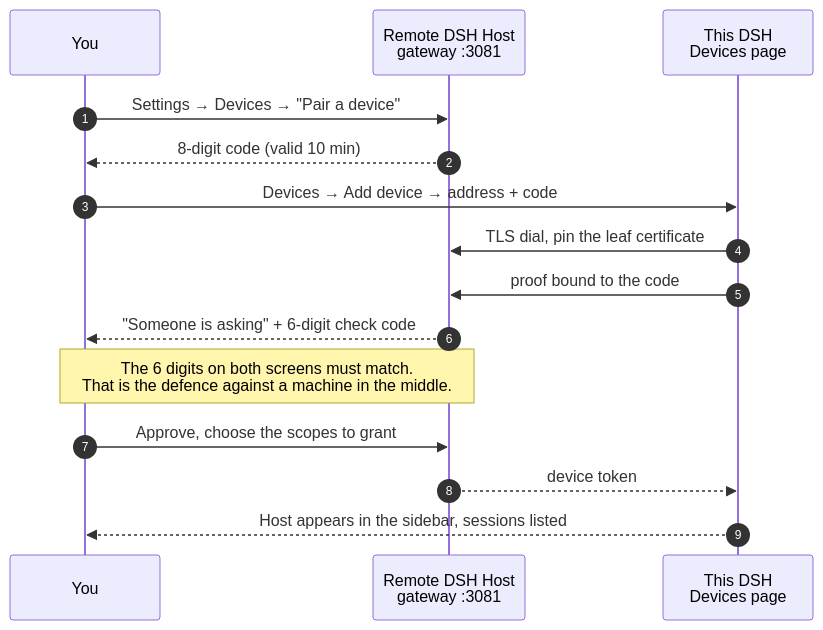
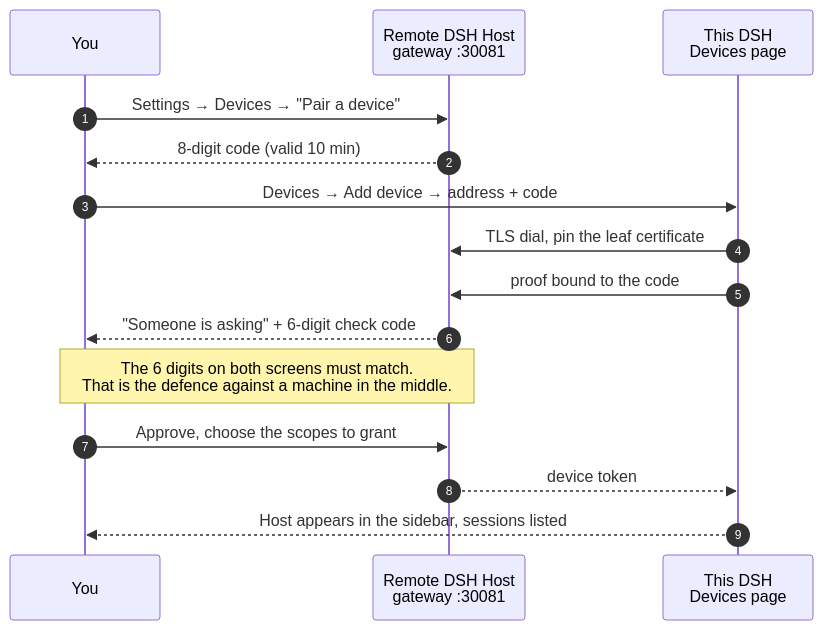
Before and after one commit to nesteacold/dsh-remote: the first of 5 diagrams in README.md, drawn with Mermaid. The commit also changed other lines of this file and 3 other files, not shown here.

````diff
--- a/README.md
+++ b/README.md
@@ -89,18 +89,18 @@
 ```mermaid
 sequenceDiagram
     autonumber
     participant You
-    participant Host as Remote DSH Host<br/>gateway :3081
+    participant Host as Remote DSH Host<br/>gateway :30081
     participant Local as This DSH<br/>Devices page
 
     You->>Host: Settings → Devices → "Pair a device"
     Host-->>You: 8-digit code (valid 10 min)
     You->>Local: Devices → Add device → address + code
     Local->>Host: TLS dial, pin the leaf certificate
     Local->>Host: proof bound to the code
     Host-->>You: "Someone is asking" + 6-digit check code
     Note over You,Host: The 6 digits on both screens must match.<br/>That is the defence against a machine in the middle.
     You->>Host: Approve, choose the scopes to grant
     Host-->>Local: device token
     Local-->>You: Host appears in the sidebar, sessions listed
 ```
````
